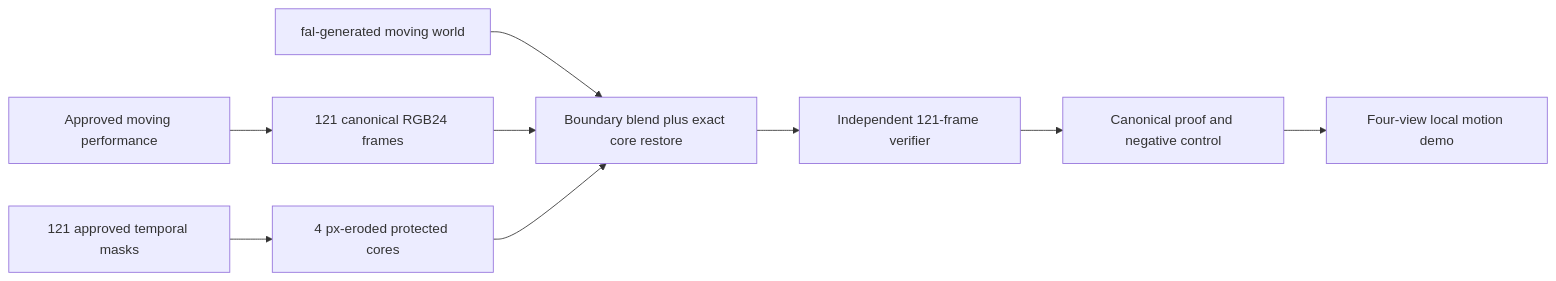
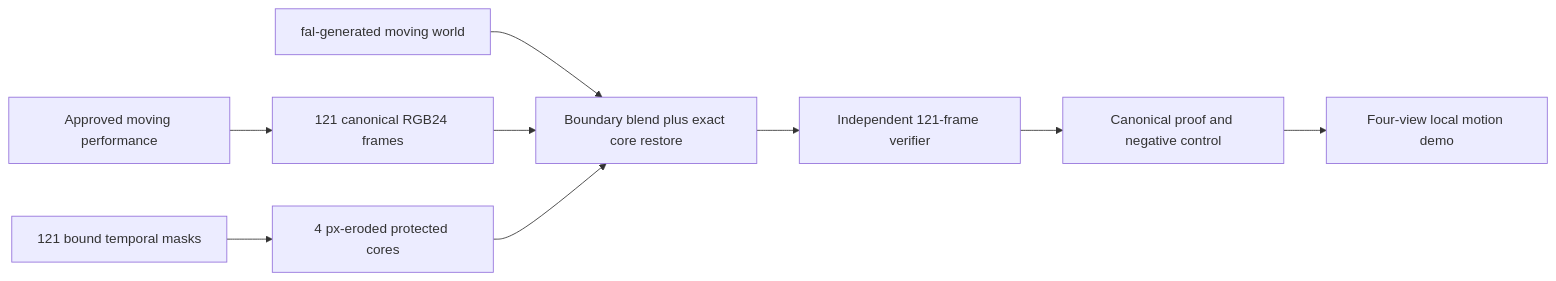
Before and after one commit to gorajing/framelock: the diagram in README.md, drawn with Mermaid. The commit also changed other lines of this file and 5 other files, not shown here.

````diff
--- a/README.md
+++ b/README.md
@@ -49,11 +51,11 @@
 ```mermaid
 flowchart LR
     SOURCE["Approved moving performance"] --> DECODE["121 canonical RGB24 frames"]
-    MATTE["121 approved temporal masks"] --> CORE["4 px-eroded protected cores"]
+    MATTE["121 bound temporal masks"] --> CORE["4 px-eroded protected cores"]
     FAL["fal-generated moving world"] --> COMPOSE["Boundary blend plus exact core restore"]
     DECODE --> COMPOSE
     CORE --> COMPOSE
     COMPOSE --> VERIFY["Independent 121-frame verifier"]
     VERIFY --> EVIDENCE["Canonical proof and negative control"]
     EVIDENCE --> DEMO["Four-view local motion demo"]
 ```
````
